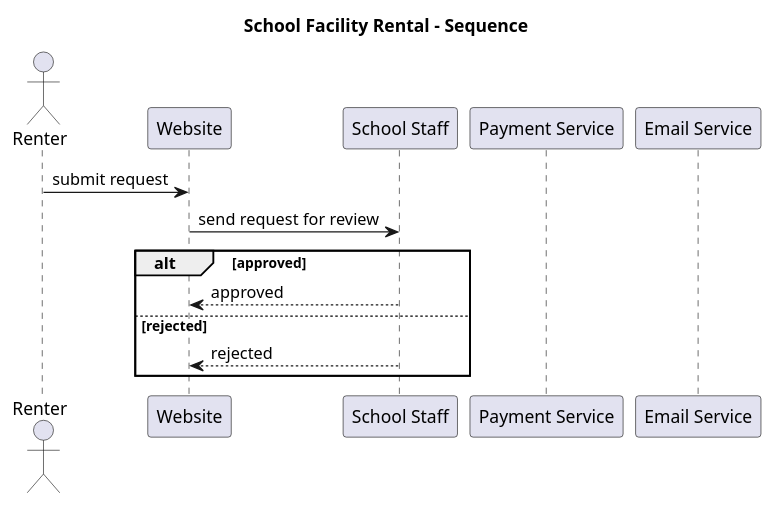
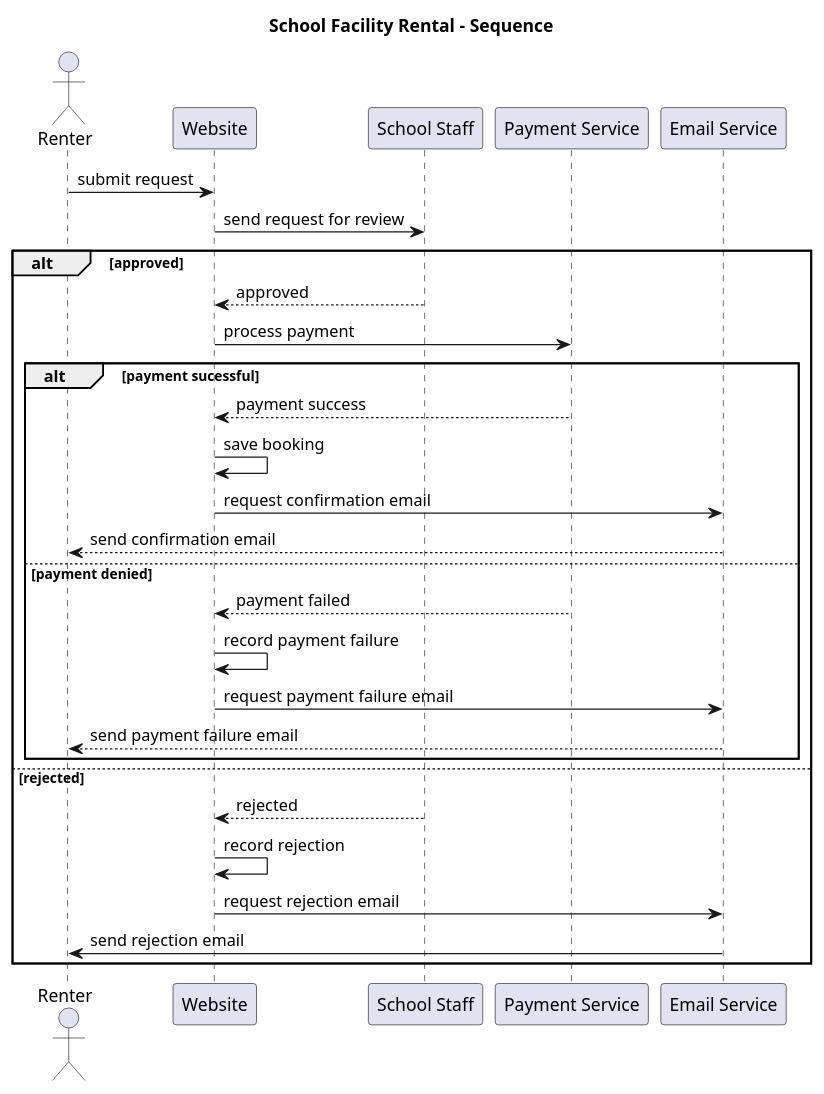
One commit to Maebueng/CS3560-HW6-UML2 changed the diagram in HW 6/HW6-Sequence.puml. Above: the diagram before and after it, drawn with PlantUML. The commit also changed 1 other file, not shown here.

Commit message:
Updated Activity diagram and finished Sequence diagrams

```diff
--- a/HW 6/HW6-Sequence.puml
+++ b/HW 6/HW6-Sequence.puml
@@ -1,19 +1,41 @@
 @startuml
 title School Facility Rental - Sequence
 
 actor Renter
 participant Website
 participant "School Staff" as Staff
 participant "Payment Service" as Pay
 participant "Email Service" as Email
 
 Renter -> Website: submit request
 Website -> Staff: send request for review
 
 alt approved
     Staff --> Website: approved
-    ' add payment and confirmation here '
+    
+    Website -> Pay: process payment
+    alt payment sucessful
+        Pay --> Website: payment success
+        
+        Website -> Website: save booking
+        Website -> Email: request confirmation email
+        
+        Email --> Renter: send confirmation email
+    else payment denied
+        Pay --> Website: payment failed
+        
+        Website -> Website: record payment failure
+        Website -> Email: request payment failure email
+        
+        Email --> Renter: send payment failure email
+    end
+
 else rejected
     Staff --> Website: rejected
+    
+    Website -> Website: record rejection
+    Website -> Email: request rejection email
+
+    Email -> Renter: send rejection email
 end
 @enduml
```
